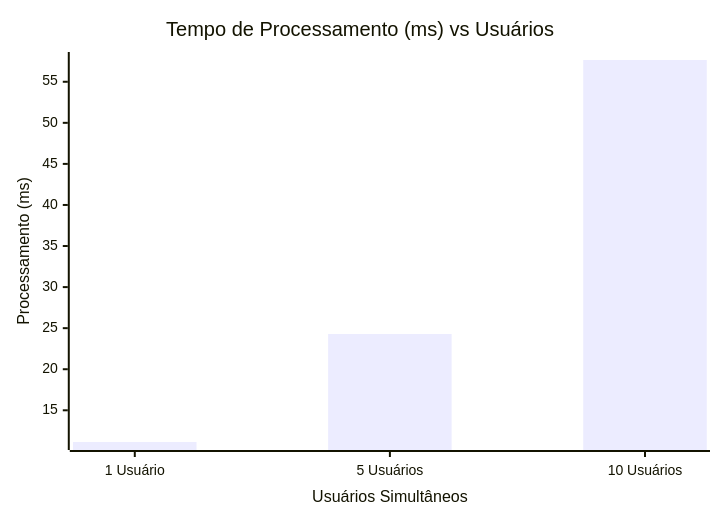
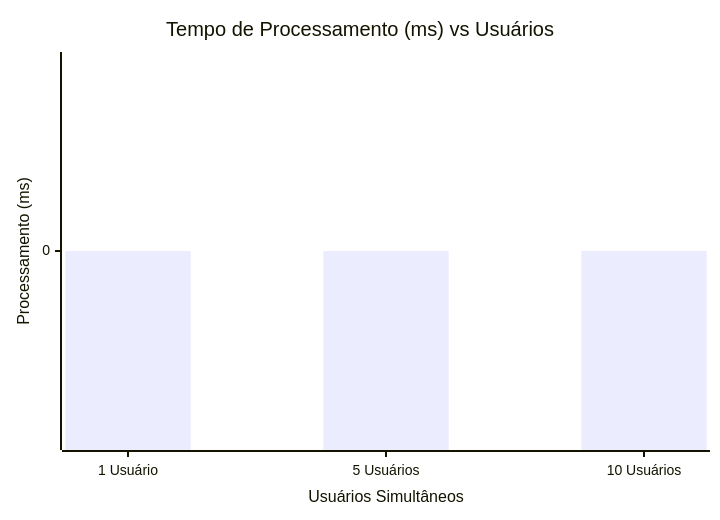
One commit to mavygarcia/AV3 changed the second of 3 diagrams in docs/relatorio_completo.md. Above: the diagram before and after it, drawn with Mermaid. The commit also changed other lines of this file and 4 other files, not shown here.

````diff
--- a/docs/relatorio_completo.md
+++ b/docs/relatorio_completo.md
@@ -165,7 +45,7 @@
 ```mermaid
 xychart-beta
     title "Tempo de Processamento (ms) vs Usuários"
     x-axis "Usuários Simultâneos" ["1 Usuário", "5 Usuários", "10 Usuários"]
     y-axis "Processamento (ms)"
-    bar [11.14, 24.29, 57.65]
+    bar [0.00, 0.00, 0.00]
 ```
````
